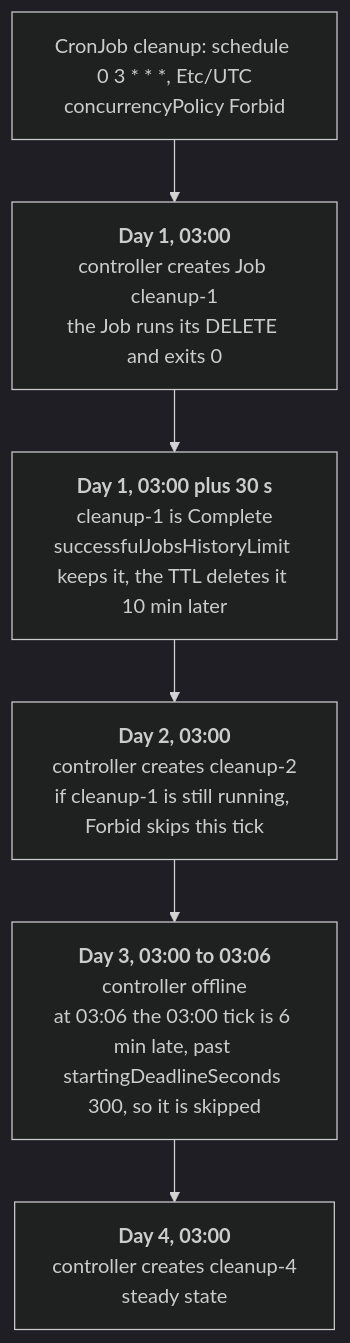
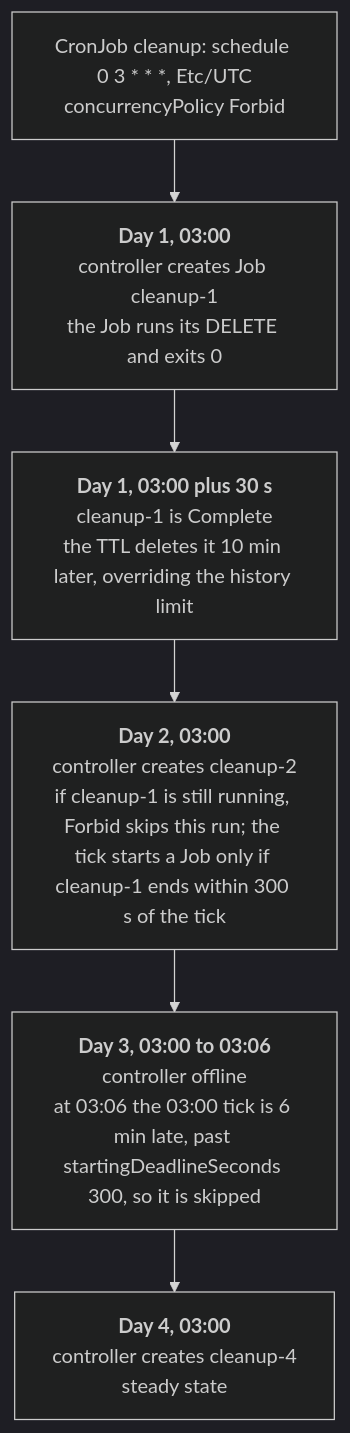
One commit to abd-ulbasit/bookstore-kubernetes-guide changed the second of 2 diagrams in full-guide/01-core-workloads/07-jobs-and-cronjobs.md. Above: the diagram before and after it, drawn with Mermaid (dark theme). The commit also changed other lines of this file and 5 other files, not shown here.

````diff
--- a/full-guide/01-core-workloads/07-jobs-and-cronjobs.md
+++ b/full-guide/01-core-workloads/07-jobs-and-cronjobs.md
@@ -105,10 +106,10 @@
 ```mermaid
 flowchart TD
     T["CronJob cleanup: schedule 0 3 * * *, Etc/UTC<br/>concurrencyPolicy Forbid"]
     D1["<b>Day 1, 03:00</b><br/>controller creates Job cleanup-1<br/>the Job runs its DELETE and exits 0"]
-    D1b["<b>Day 1, 03:00 plus 30 s</b><br/>cleanup-1 is Complete<br/>successfulJobsHistoryLimit keeps it, the TTL deletes it 10 min later"]
-    D2["<b>Day 2, 03:00</b><br/>controller creates cleanup-2<br/>if cleanup-1 is still running, Forbid skips this tick"]
+    D1b["<b>Day 1, 03:00 plus 30 s</b><br/>cleanup-1 is Complete<br/>the TTL deletes it 10 min later, overriding the history limit"]
+    D2["<b>Day 2, 03:00</b><br/>controller creates cleanup-2<br/>if cleanup-1 is still running, Forbid skips this run; the tick starts a Job only if cleanup-1 ends within 300 s of the tick"]
     D3["<b>Day 3, 03:00 to 03:06</b><br/>controller offline<br/>at 03:06 the 03:00 tick is 6 min late, past startingDeadlineSeconds 300, so it is skipped"]
     D4["<b>Day 4, 03:00</b><br/>controller creates cleanup-4<br/>steady state"]
     T --> D1 --> D1b --> D2 --> D3 --> D4
 ```
````
